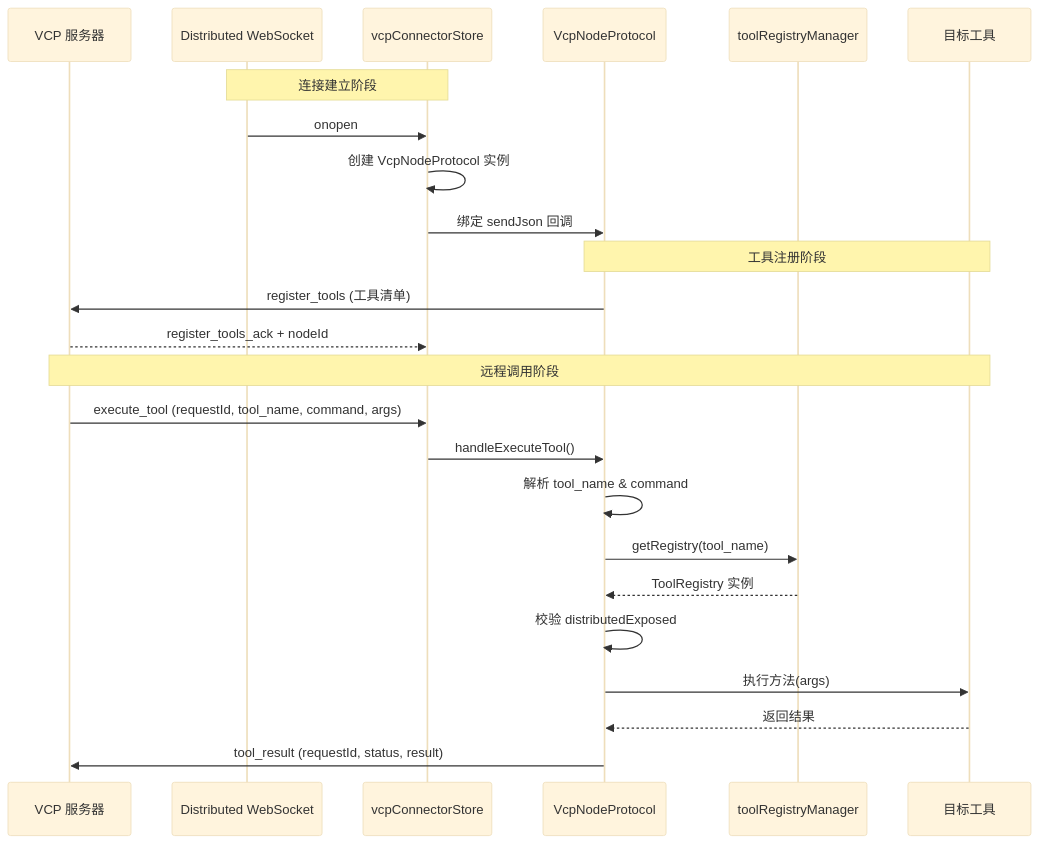
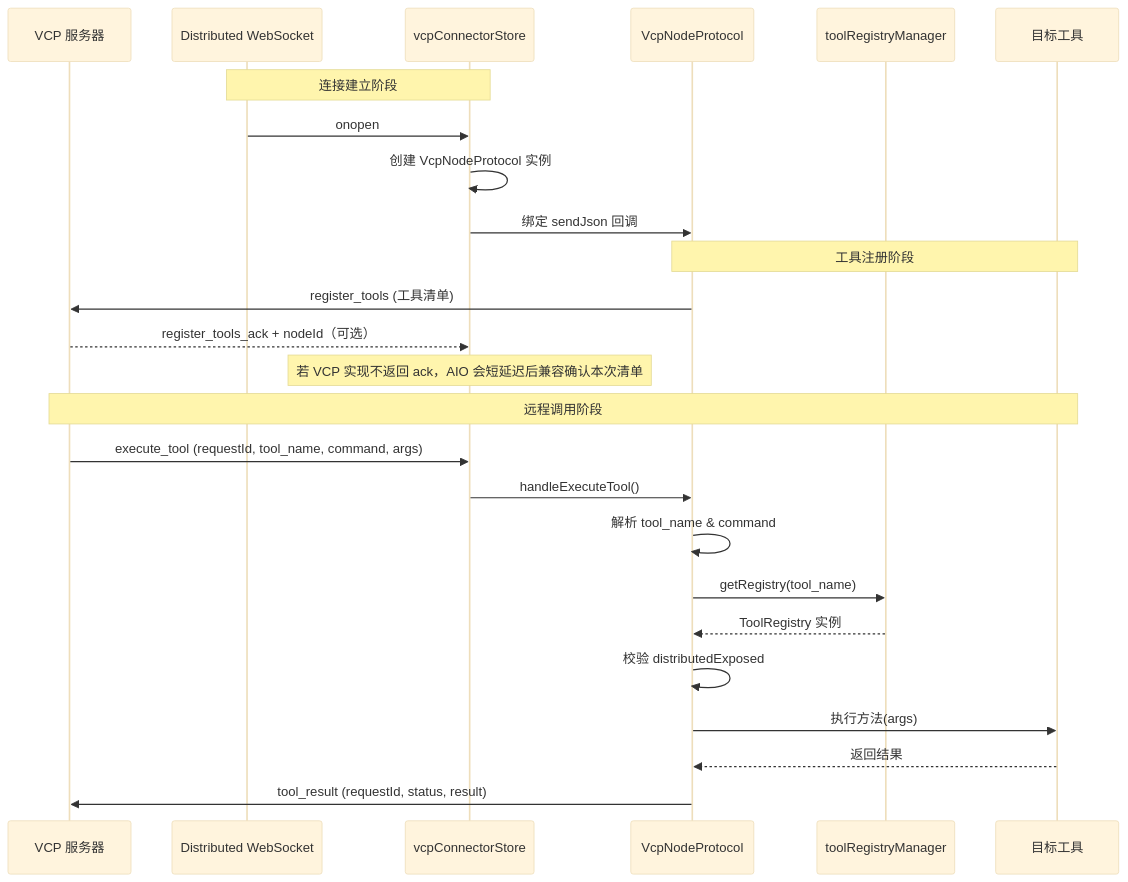
One commit to miaotouy/aio-hub changed the third of 4 diagrams in src/tools/vcp-connector/ARCHITECTURE.md. Above: the diagram before and after it, drawn with Mermaid (base theme). The commit also changed other lines of this file and 3 other files, not shown here.

Commit message:
fix(vcp-connector): 修复AI误以为 VCP 会返回 ack 来确认分布式导致的逻辑设计错误

````diff
--- a/src/tools/vcp-connector/ARCHITECTURE.md
+++ b/src/tools/vcp-connector/ARCHITECTURE.md
@@ -226,29 +226,30 @@
 ```mermaid
 sequenceDiagram
     participant VCP as VCP 服务器
     participant DWS as Distributed WebSocket
     participant Store as vcpConnectorStore
     participant Proto as VcpNodeProtocol
     participant Registry as toolRegistryManager
     participant Tool as 目标工具
 
     Note over DWS,Store: 连接建立阶段
     DWS->>Store: onopen
     Store->>Store: 创建 VcpNodeProtocol 实例
     Store->>Proto: 绑定 sendJson 回调
 
     Note over Proto,Tool: 工具注册阶段
     Proto->>VCP: register_tools (工具清单)
-    VCP-->>Store: register_tools_ack + nodeId
+    VCP-->>Store: register_tools_ack + nodeId（可选）
+    Note over Store: 若 VCP 实现不返回 ack，AIO 会短延迟后兼容确认本次清单
 
     Note over VCP,Tool: 远程调用阶段
     VCP->>Store: execute_tool (requestId, tool_name, command, args)
     Store->>Proto: handleExecuteTool()
     Proto->>Proto: 解析 tool_name & command
     Proto->>Registry: getRegistry(tool_name)
     Registry-->>Proto: ToolRegistry 实例
     Proto->>Proto: 校验 distributedExposed
     Proto->>Tool: 执行方法(args)
     Tool-->>Proto: 返回结果
     Proto->>VCP: tool_result (requestId, status, result)
 ```
````
